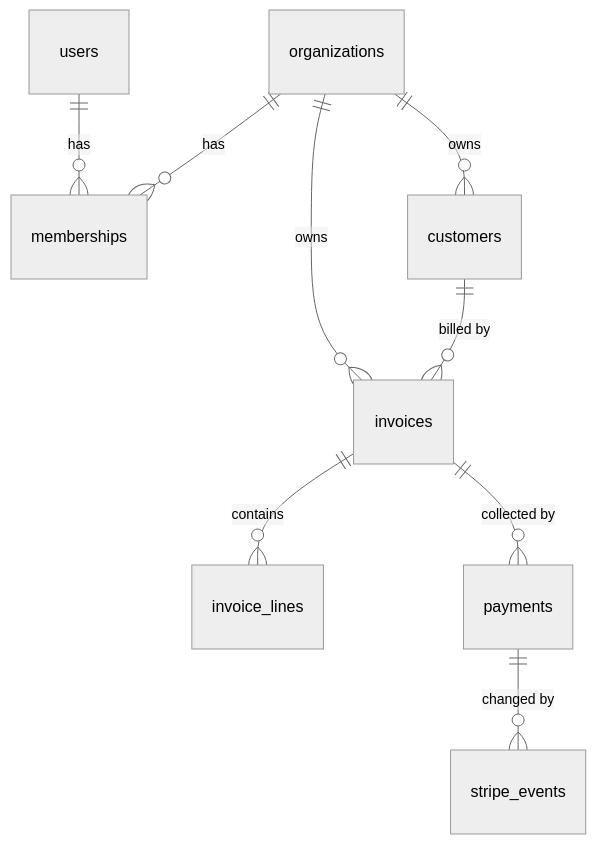
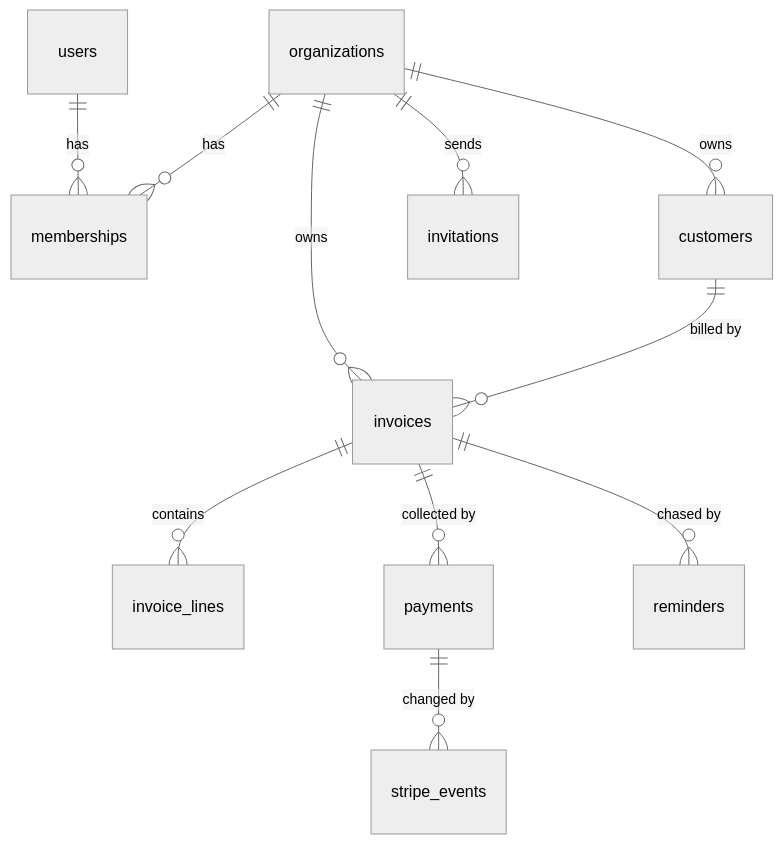
One commit to vivekdavara/tally changed the first of 7 diagrams in DESIGN.md. Above: the diagram before and after it, drawn with Mermaid (neutral theme). The commit also changed other lines of this file, not shown here.

First line of the commit message:
DESIGN: members and invitations, overdue reminders, the isolation suite

````diff
--- a/DESIGN.md
+++ b/DESIGN.md
@@ -23,11 +23,13 @@
 ```mermaid
 erDiagram
     users ||--o{ memberships : has
     organizations ||--o{ memberships : has
     organizations ||--o{ customers : owns
     organizations ||--o{ invoices : owns
     customers ||--o{ invoices : "billed by"
     invoices ||--o{ invoice_lines : contains
     invoices ||--o{ payments : "collected by"
     payments ||--o{ stripe_events : "changed by"
+    organizations ||--o{ invitations : sends
+    invoices ||--o{ reminders : "chased by"
 ```
````
